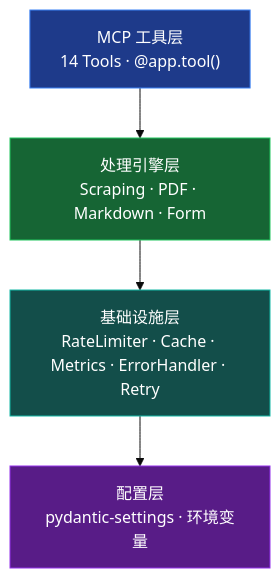
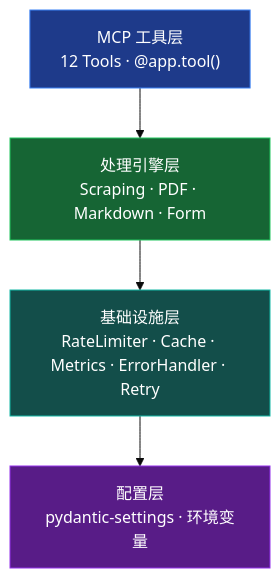
One commit to ThreeFish-AI/data-extractor changed the first of 5 diagrams in docs/1-Framework.md. Above: the diagram before and after it, drawn with Mermaid (base theme). The commit also changed other lines of this file and 28 other files, not shown here.

````diff
--- a/docs/1-Framework.md
+++ b/docs/1-Framework.md
@@ -29,11 +29,11 @@
 ```mermaid
 graph TD
-    A["MCP 工具层<br/>14 Tools · @app.tool()"] --> B["处理引擎层<br/>Scraping · PDF · Markdown · Form"]
+    A["MCP 工具层<br/>12 Tools · @app.tool()"] --> B["处理引擎层<br/>Scraping · PDF · Markdown · Form"]
     B --> C["基础设施层<br/>RateLimiter · Cache · Metrics · ErrorHandler · Retry"]
     C --> D["配置层<br/>pydantic-settings · 环境变量"]
 
     style A fill:#1e3a8a,stroke:#3b82f6,color:#ffffff
     style B fill:#166534,stroke:#22c55e,color:#ffffff
     style C fill:#134e4a,stroke:#14b8a6,color:#ffffff
     style D fill:#581c87,stroke:#9333ea,color:#ffffff
 ```
````
